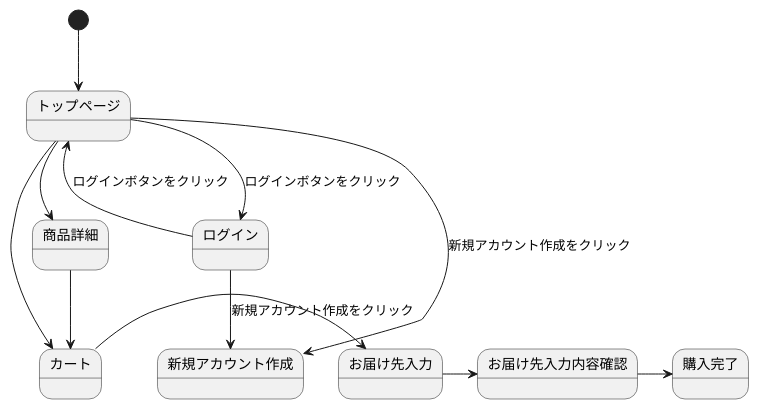
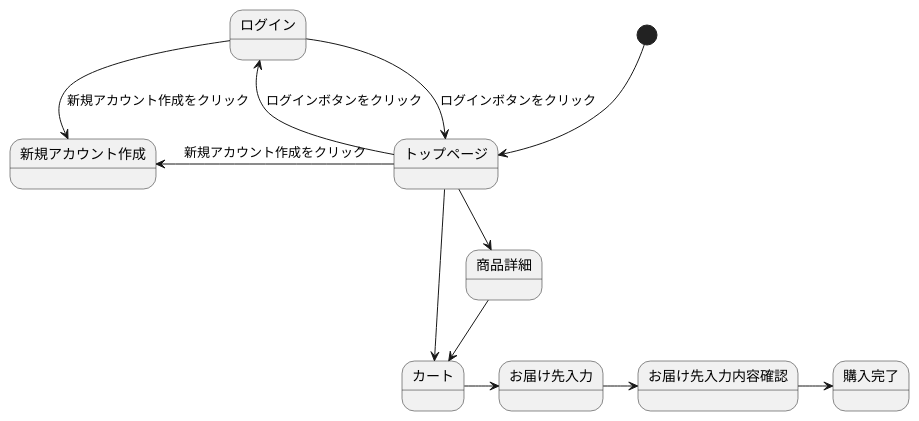
Before and after one commit to Aso2001133/2021sys-design: the diagram in sumple_01.md, drawn with PlantUML.

````diff
--- a/sumple_01.md
+++ b/sumple_01.md
@@ -1,15 +1,15 @@
 ```uml
 @startuml
 [*] --> トップページ
-トップページ --> ログイン : ログインボタンをクリック
-トップページ --> 新規アカウント作成 :新規アカウント作成をクリック
+トップページ -left-> ログイン : ログインボタンをクリック
+トップページ -left-> 新規アカウント作成 :新規アカウント作成をクリック
 トップページ --> カート
 トップページ --> 商品詳細
 ログイン --> トップページ : ログインボタンをクリック
 ログイン --> 新規アカウント作成 :新規アカウント作成をクリック
 商品詳細 --> カート
 カート -> お届け先入力
 お届け先入力 -> お届け先入力内容確認
 お届け先入力内容確認 -> 購入完了
 @enduml
 ```
````
